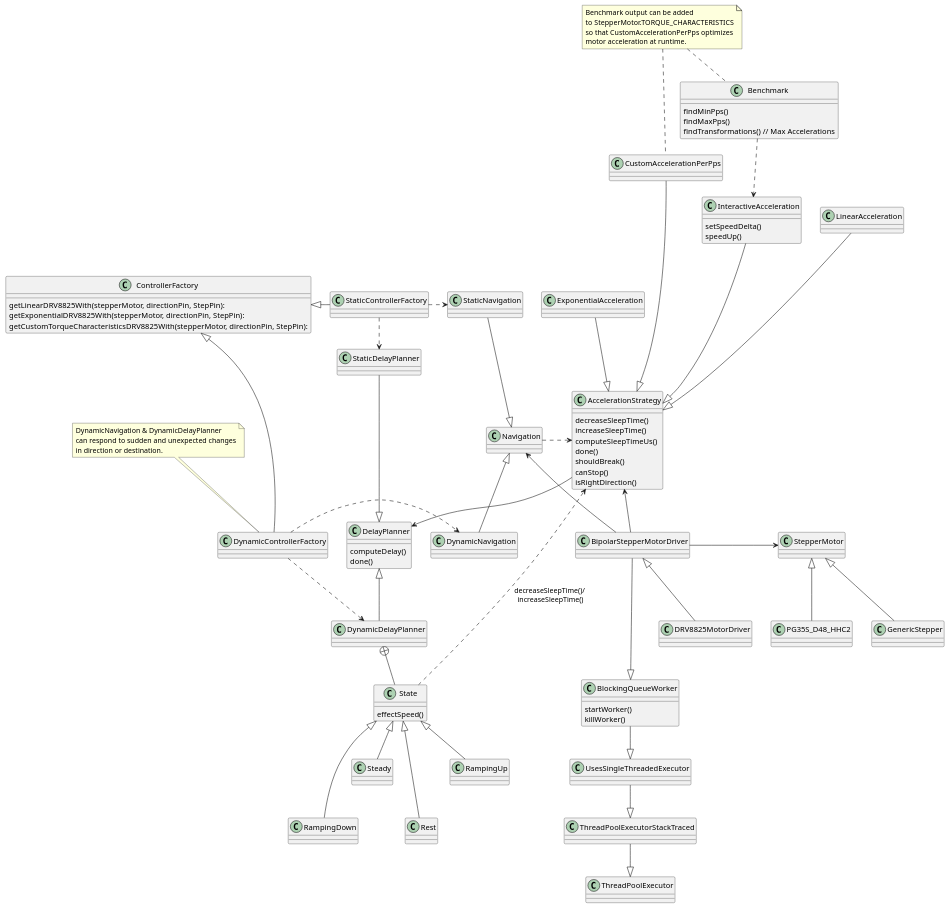
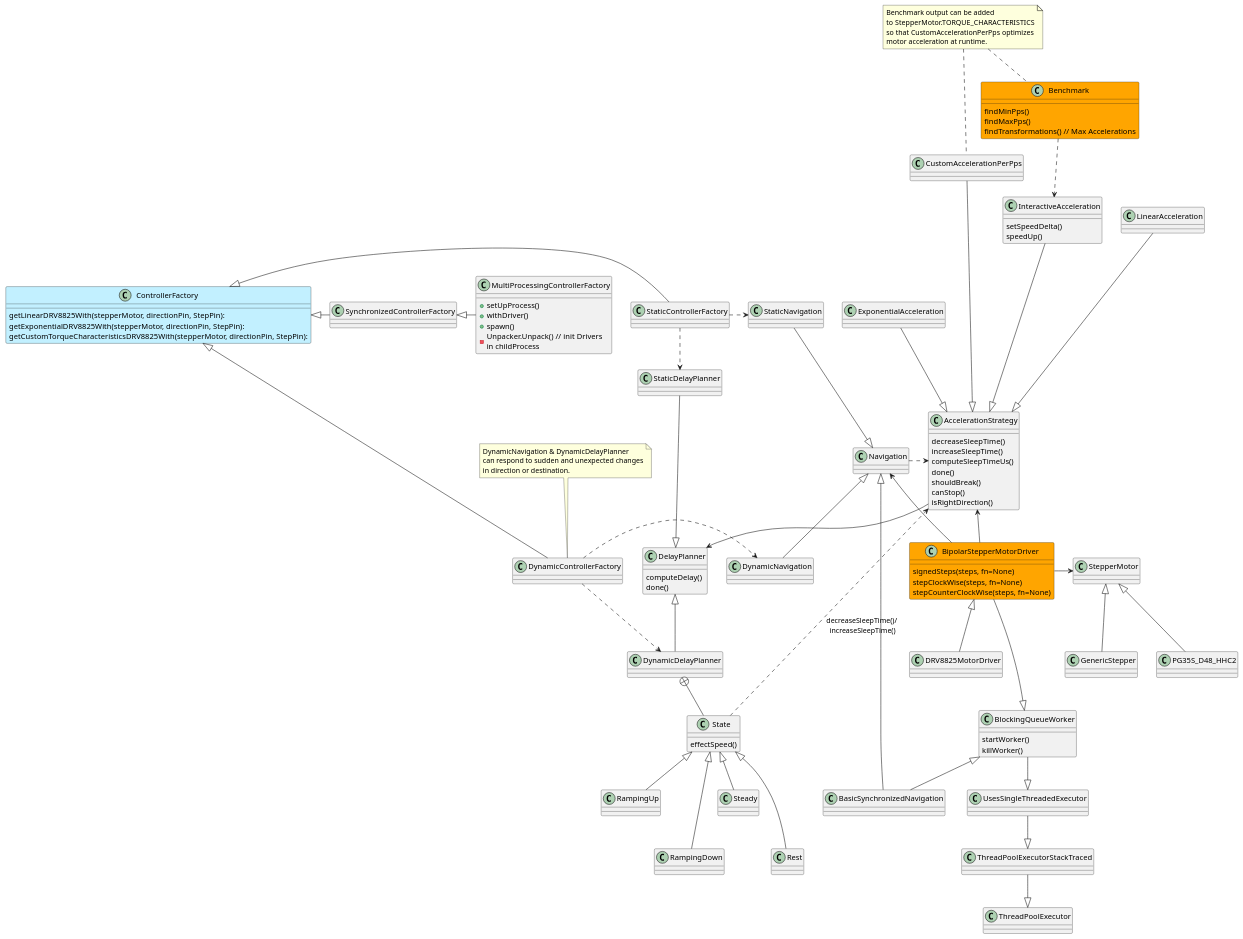
The diagram in doc/collab.puml (juanmf/StepperMotors), drawn with PlantUML before and after one commit. The commit also changed 3 other files, not shown here.

```diff
--- a/doc/collab.puml
+++ b/doc/collab.puml
@@ -1,130 +1,146 @@
 @startuml
 class BlockingQueueWorker {
     startWorker()
     killWorker()
 }
 class UsesSingleThreadedExecutor
 class ThreadPoolExecutorStackTraced
 
-class ControllerFactory {
+class ControllerFactory #APPLICATION {
     getLinearDRV8825With(stepperMotor, directionPin, StepPin):
     getExponentialDRV8825With(stepperMotor, directionPin, StepPin):
     getCustomTorqueCharacteristicsDRV8825With(stepperMotor, directionPin, StepPin):
 }
 class StaticControllerFactory
 class DynamicControllerFactory
+class MultiProcessingControllerFactory {
+    +setUpProcess()
+    +withDriver()
+    +spawn()
+    -Unpacker.Unpack() // init Drivers \nin childProcess
+}
 
 class Navigation
 class StaticNavigation
 class DynamicNavigation
+class BasicSynchronizedNavigation
 
-class Benchmark{
+class Benchmark #Orange {
 findMinPps()
 findMaxPps()
 findTransformations() // Max Accelerations
 }
 
-class BipolarStepperMotorDriver
+class BipolarStepperMotorDriver #Orange{
+    signedSteps(steps, fn=None)
+    stepClockWise(steps, fn=None)
+    stepCounterClockWise(steps, fn=None)
+}
+
 class DRV8825MotorDriver
 
 class StepperMotor
 class PG35S_D48_HHC2
 class GenericStepper
 
 class AccelerationStrategy {
     decreaseSleepTime()
     increaseSleepTime()
     computeSleepTimeUs()
     done()
     shouldBreak()
     canStop()
     isRightDirection()
 }
 
 class LinearAcceleration
 class ExponentialAcceleration
 class CustomAccelerationPerPps
 class InteractiveAcceleration{
 setSpeedDelta()
 speedUp()
 }
 
 class DelayPlanner {
     computeDelay()
     done()
 }
 
 class StaticDelayPlanner
 class DynamicDelayPlanner
 class State {
     effectSpeed()
 }
 
 ''' structure
 ThreadPoolExecutorStackTraced --|> ThreadPoolExecutor
 UsesSingleThreadedExecutor --|> ThreadPoolExecutorStackTraced
 BlockingQueueWorker --|> UsesSingleThreadedExecutor
 BipolarStepperMotorDriver ---|> BlockingQueueWorker
 
 PG35S_D48_HHC2 -up-|> StepperMotor
 GenericStepper -up-|> StepperMotor
 
 StaticControllerFactory -left-|> ControllerFactory
 DynamicControllerFactory -left-|> ControllerFactory
+SynchronizedControllerFactory -left-|> ControllerFactory
+MultiProcessingControllerFactory -left-|> SynchronizedControllerFactory
 
 DRV8825MotorDriver -up-|> BipolarStepperMotorDriver
 
 StaticDelayPlanner -down-|> DelayPlanner
 DynamicDelayPlanner -up-|> DelayPlanner
 DynamicDelayPlanner +-- State
 
 Rest -up--|> State
 RampingUp -up-|> State
 RampingDown -up--|> State
 Steady -up-|> State
 
 StaticNavigation -down-|> Navigation
 DynamicNavigation -up-|> Navigation
+BasicSynchronizedNavigation -up-|> Navigation
+BasicSynchronizedNavigation -up-|> BlockingQueueWorker
 
 LinearAcceleration ---|> AccelerationStrategy
 ExponentialAcceleration --|> AccelerationStrategy
 CustomAccelerationPerPps --|> AccelerationStrategy
 InteractiveAcceleration ---|> AccelerationStrategy
 
 ''' Relations
 BipolarStepperMotorDriver -left-> Navigation
 BipolarStepperMotorDriver -up-> AccelerationStrategy
 BipolarStepperMotorDriver -right-> StepperMotor
 
 Navigation .right.> AccelerationStrategy
 AccelerationStrategy --> DelayPlanner
 
 State ..> AccelerationStrategy : decreaseSleepTime()/\n increaseSleepTime()
 
 Benchmark ..> InteractiveAcceleration
 
 StaticControllerFactory .right.> StaticDelayPlanner
 StaticControllerFactory .right.> StaticNavigation
 
 DynamicControllerFactory .right.> DynamicDelayPlanner
 DynamicControllerFactory .right.> DynamicNavigation
 
 ''' Notes
 note as N1
 Benchmark output can be added
 to StepperMotor.TORQUE_CHARACTERISTICS
 so that CustomAccelerationPerPps optimizes
 motor acceleration at runtime.
 end note
 
 note as N2
 DynamicNavigation & DynamicDelayPlanner
 can respond to sudden and unexpected changes
 in direction or destination.
 end note
 
 N1 .. Benchmark
 N1 .. CustomAccelerationPerPps
 
 N2 .. DynamicControllerFactory
 @enduml
```
